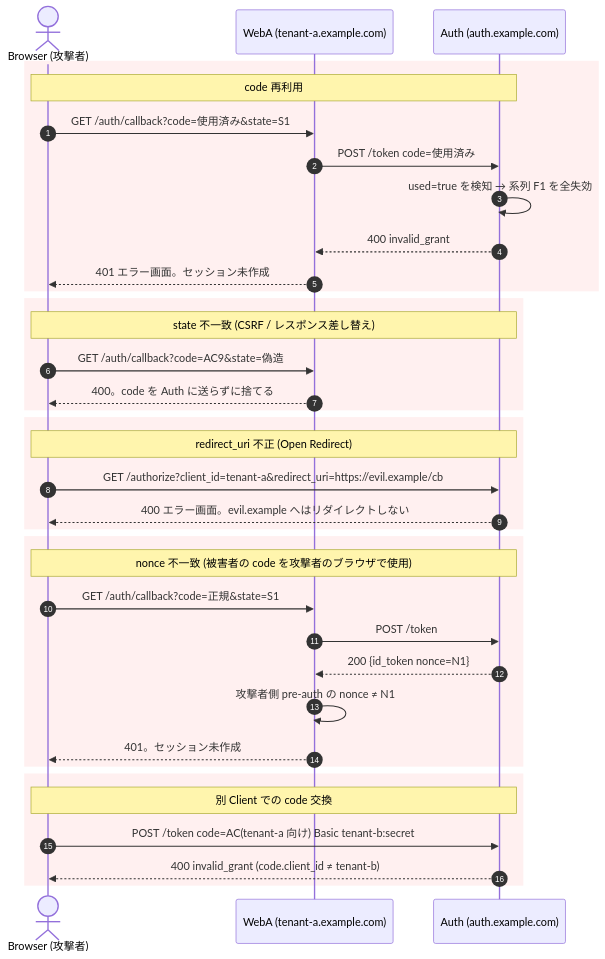
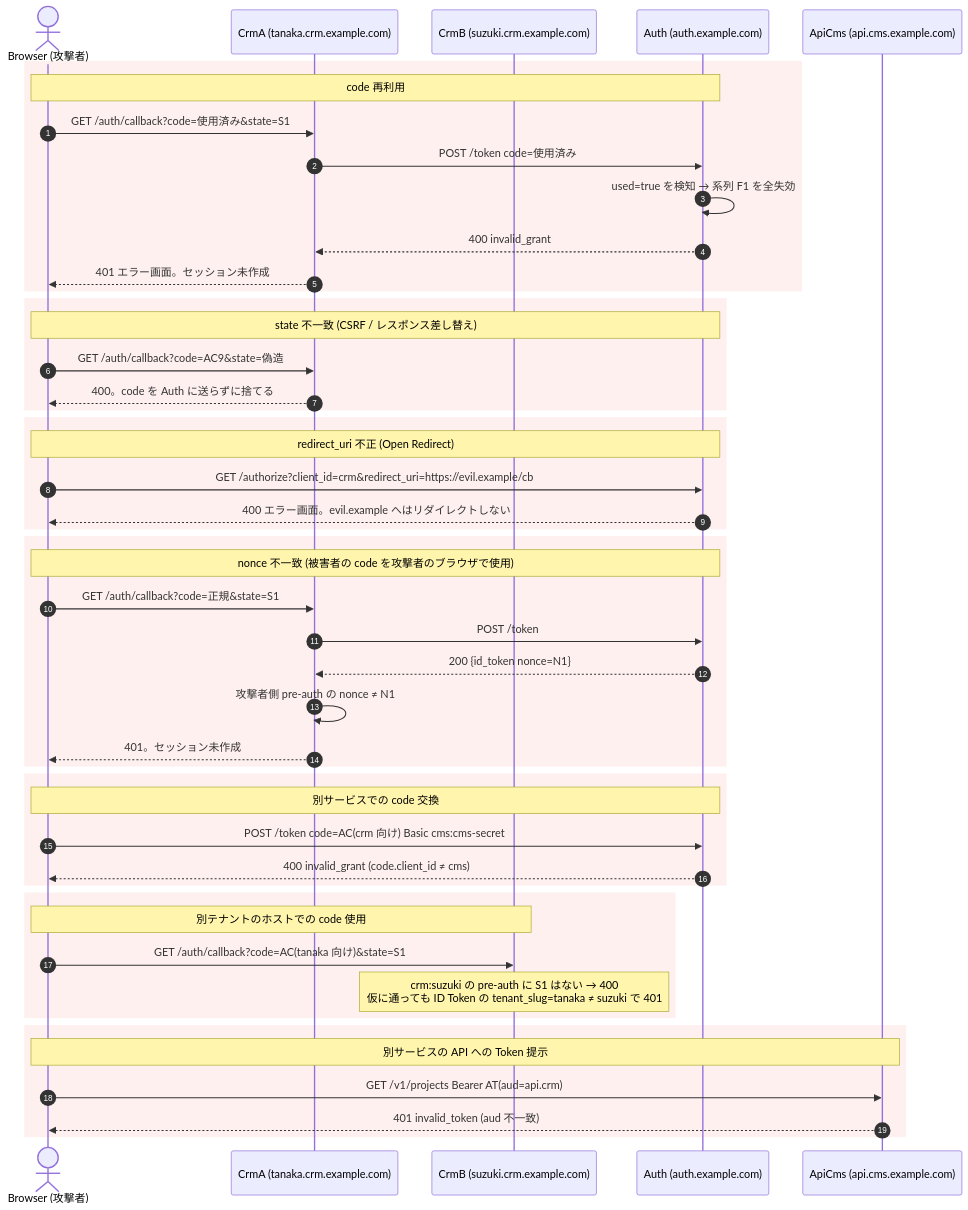
The tenth of 10 diagrams in docs/integration-guide.md (daisuke-tanabe/multi-domain-sandbox), drawn with Mermaid before and after one commit. The commit also changed other lines of this file and 62 other files, not shown here.

````diff
--- a/docs/integration-guide.md
+++ b/docs/integration-guide.md
@@ -659,39 +788,51 @@
 ```mermaid
 sequenceDiagram
     autonumber
     actor Attacker as Browser (攻撃者)
-    participant WebA as WebA (tenant-a.example.com)
+    participant CrmA as CrmA (tanaka.crm.example.com)
+    participant CrmB as CrmB (suzuki.crm.example.com)
     participant Auth as Auth (auth.example.com)
+    participant ApiCms as ApiCms (api.cms.example.com)
 
     rect rgb(255,240,240)
     Note over Attacker,Auth: code 再利用
-    Attacker->>WebA: GET /auth/callback?code=使用済み&state=S1
-    WebA->>Auth: POST /token code=使用済み
+    Attacker->>CrmA: GET /auth/callback?code=使用済み&state=S1
+    CrmA->>Auth: POST /token code=使用済み
     Auth->>Auth: used=true を検知 → 系列 F1 を全失効
-    Auth-->>WebA: 400 invalid_grant
-    WebA-->>Attacker: 401 エラー画面。セッション未作成
+    Auth-->>CrmA: 400 invalid_grant
+    CrmA-->>Attacker: 401 エラー画面。セッション未作成
     end
     rect rgb(255,240,240)
     Note over Attacker,Auth: state 不一致 (CSRF / レスポンス差し替え)
-    Attacker->>WebA: GET /auth/callback?code=AC9&state=偽造
-    WebA-->>Attacker: 400。code を Auth に送らずに捨てる
+    Attacker->>CrmA: GET /auth/callback?code=AC9&state=偽造
+    CrmA-->>Attacker: 400。code を Auth に送らずに捨てる
     end
     rect rgb(255,240,240)
     Note over Attacker,Auth: redirect_uri 不正 (Open Redirect)
-    Attacker->>Auth: GET /authorize?client_id=tenant-a&redirect_uri=https://evil.example/cb
+    Attacker->>Auth: GET /authorize?client_id=crm&redirect_uri=https://evil.example/cb
     Auth-->>Attacker: 400 エラー画面。evil.example へはリダイレクトしない
     end
     rect rgb(255,240,240)
     Note over Attacker,Auth: nonce 不一致 (被害者の code を攻撃者のブラウザで使用)
-    Attacker->>WebA: GET /auth/callback?code=正規&state=S1
-    WebA->>Auth: POST /token
-    Auth-->>WebA: 200 {id_token nonce=N1}
-    WebA->>WebA: 攻撃者側 pre-auth の nonce ≠ N1
-    WebA-->>Attacker: 401。セッション未作成
+    Attacker->>CrmA: GET /auth/callback?code=正規&state=S1
+    CrmA->>Auth: POST /token
+    Auth-->>CrmA: 200 {id_token nonce=N1}
+    CrmA->>CrmA: 攻撃者側 pre-auth の nonce ≠ N1
+    CrmA-->>Attacker: 401。セッション未作成
     end
     rect rgb(255,240,240)
-    Note over Attacker,Auth: 別 Client での code 交換
-    Attacker->>Auth: POST /token code=AC(tenant-a 向け) Basic tenant-b:secret
-    Auth-->>Attacker: 400 invalid_grant (code.client_id ≠ tenant-b)
+    Note over Attacker,Auth: 別サービスでの code 交換
+    Attacker->>Auth: POST /token code=AC(crm 向け) Basic cms:cms-secret
+    Auth-->>Attacker: 400 invalid_grant (code.client_id ≠ cms)
+    end
+    rect rgb(255,240,240)
+    Note over Attacker,CrmB: 別テナントのホストでの code 使用
+    Attacker->>CrmB: GET /auth/callback?code=AC(tanaka 向け)&state=S1
+    Note over CrmB: crm:suzuki の pre-auth に S1 はない → 400<br/>仮に通っても ID Token の tenant_slug=tanaka ≠ suzuki で 401
+    end
+    rect rgb(255,240,240)
+    Note over Attacker,ApiCms: 別サービスの API への Token 提示
+    Attacker->>ApiCms: GET /v1/projects  Bearer AT(aud=api.crm)
+    ApiCms-->>Attacker: 401 invalid_token (aud 不一致)
     end
 ```
````
